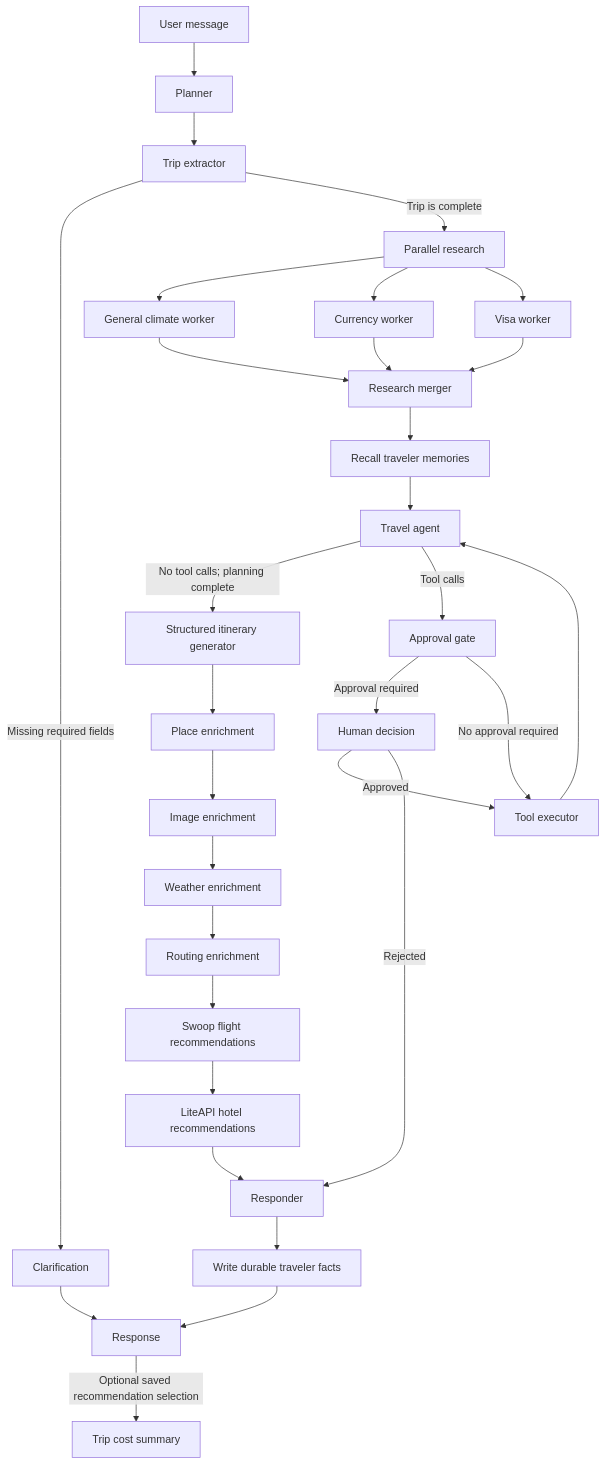
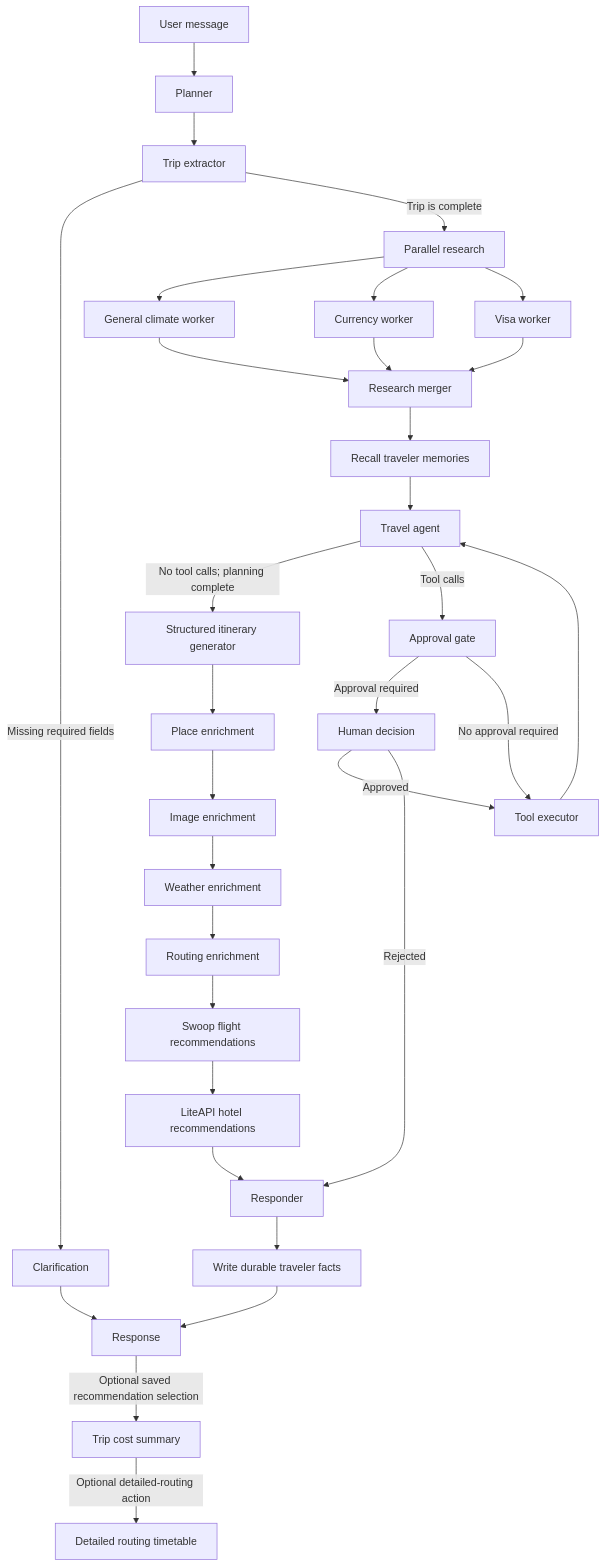
Before and after one commit to NaimurRahmannn/TravelAI-Agent-v2-LangGraph: the first of 2 diagrams in README.md, drawn with Mermaid. The commit also changed other lines of this file and 27 other files, not shown here.

Commit message:
feat: add detailed trip routing and timetable plan

````diff
--- a/README.md
+++ b/README.md
@@ -63,33 +64,34 @@
 ```mermaid
 flowchart TD
     A[User message] --> B[Planner]
     B --> C[Trip extractor]
     C -->|Missing required fields| D[Clarification]
     C -->|Trip is complete| E[Parallel research]
     E --> E1[General climate worker]
     E --> E2[Currency worker]
     E --> E3[Visa worker]
     E1 --> F[Research merger]
     E2 --> F
     E3 --> F
     F --> N[Recall traveler memories]
     N --> G[Travel agent]
     G -->|No tool calls; planning complete| P[Structured itinerary generator]
     G -->|Tool calls| I[Approval gate]
     I -->|Approval required| J[Human decision]
     I -->|No approval required| K[Tool executor]
     J -->|Approved| K
     J -->|Rejected| L[Responder]
     K --> G
     P --> Q[Place enrichment]
     Q --> R[Image enrichment]
     R --> W[Weather enrichment]
     W --> T[Routing enrichment]
     T --> U[Swoop flight recommendations]
     U --> V[LiteAPI hotel recommendations]
     V --> L
     D --> M[Response]
     L --> O[Write durable traveler facts]
     O --> M
     M -->|Optional saved recommendation selection| X[Trip cost summary]
+    X -->|Optional detailed-routing action| Y[Detailed routing timetable]
 ```
````
